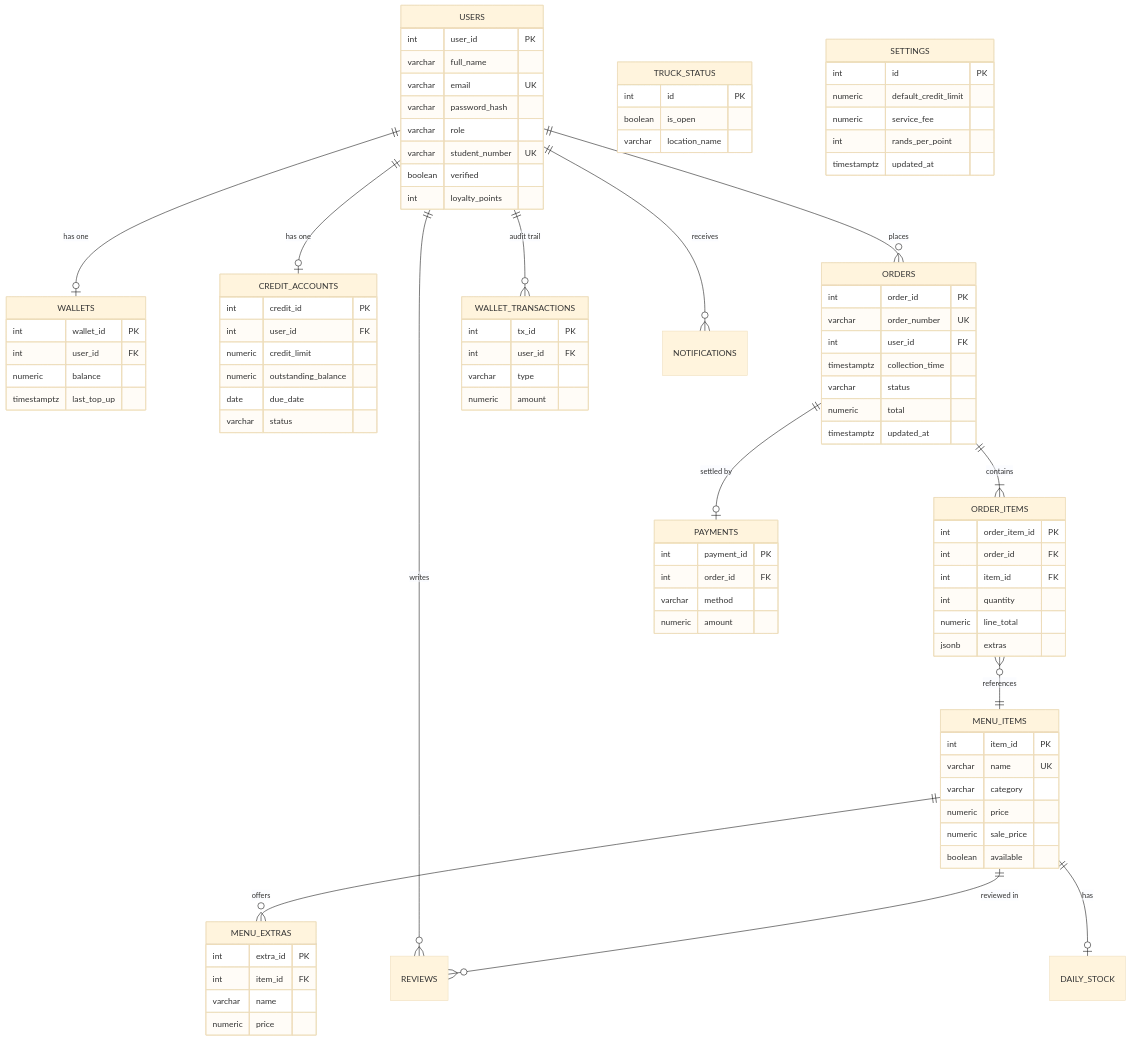
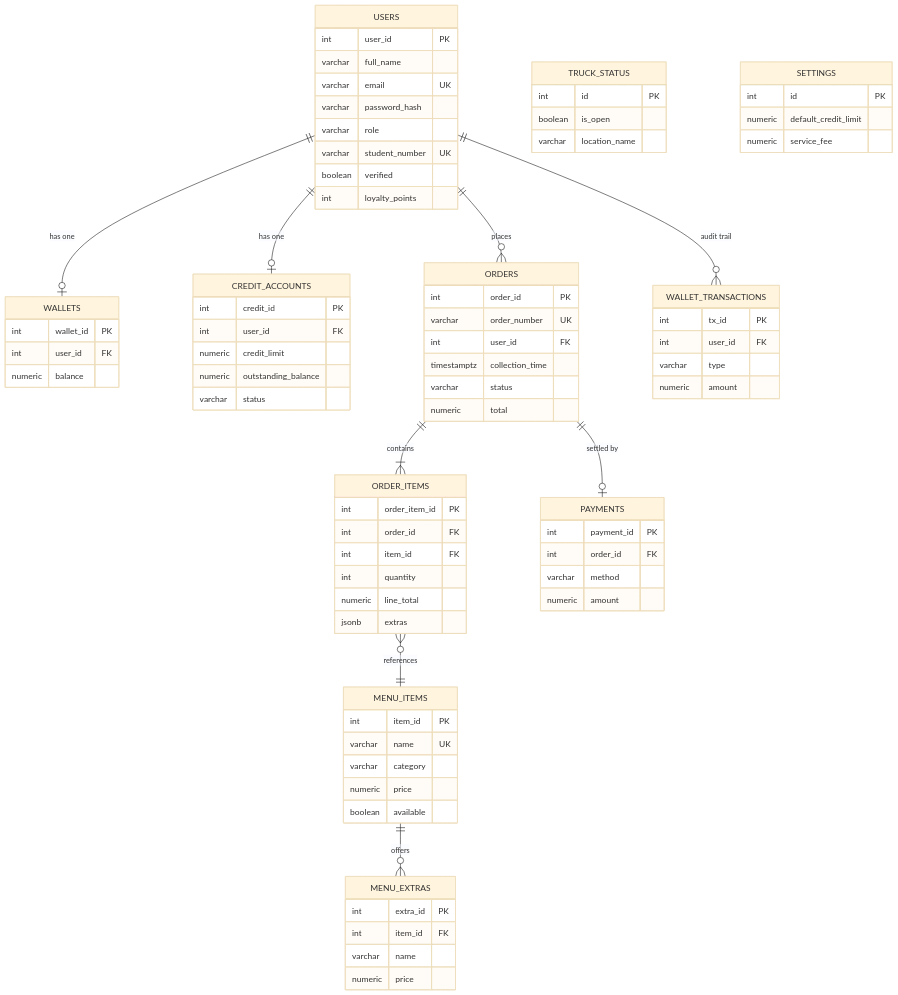
Before and after one commit to ST10309432/insy7315-2026-poe-task-2-group-20-Kode-Red-: the diagram in README.md, drawn with Mermaid (base theme). The commit also changed other lines of this file, not shown here.

````diff
--- a/README.md
+++ b/README.md
@@ -32,14 +32,10 @@
     USERS ||--o| CREDIT_ACCOUNTS : "has one"
     USERS ||--o{ ORDERS : "places"
     USERS ||--o{ WALLET_TRANSACTIONS : "audit trail"
-    USERS ||--o{ NOTIFICATIONS : "receives"
-    USERS ||--o{ REVIEWS : "writes"
     ORDERS ||--|{ ORDER_ITEMS : "contains"
     ORDERS ||--o| PAYMENTS : "settled by"
     ORDER_ITEMS }o--|| MENU_ITEMS : "references"
     MENU_ITEMS ||--o{ MENU_EXTRAS : "offers"
-    MENU_ITEMS ||--o{ REVIEWS : "reviewed in"
-    MENU_ITEMS ||--o| DAILY_STOCK : "has"
 
     USERS {
         int user_id PK
@@ -55,14 +51,12 @@
         int wallet_id PK
         int user_id FK
         numeric balance
-        timestamptz last_top_up
     }
     CREDIT_ACCOUNTS {
         int credit_id PK
         int user_id FK
         numeric credit_limit
         numeric outstanding_balance
-        date due_date
         varchar status
     }
     MENU_ITEMS {
@@ -70,7 +64,6 @@
         varchar name UK
         varchar category
         numeric price
-        numeric sale_price
         boolean available
     }
     MENU_EXTRAS {
@@ -86,7 +79,6 @@
         timestamptz collection_time
         varchar status
         numeric total
-        timestamptz updated_at
     }
     ORDER_ITEMS {
         int order_item_id PK
@@ -117,7 +109,5 @@
         int id PK
         numeric default_credit_limit
         numeric service_fee
-        int rands_per_point
-        timestamptz updated_at
     }
 ```
````
